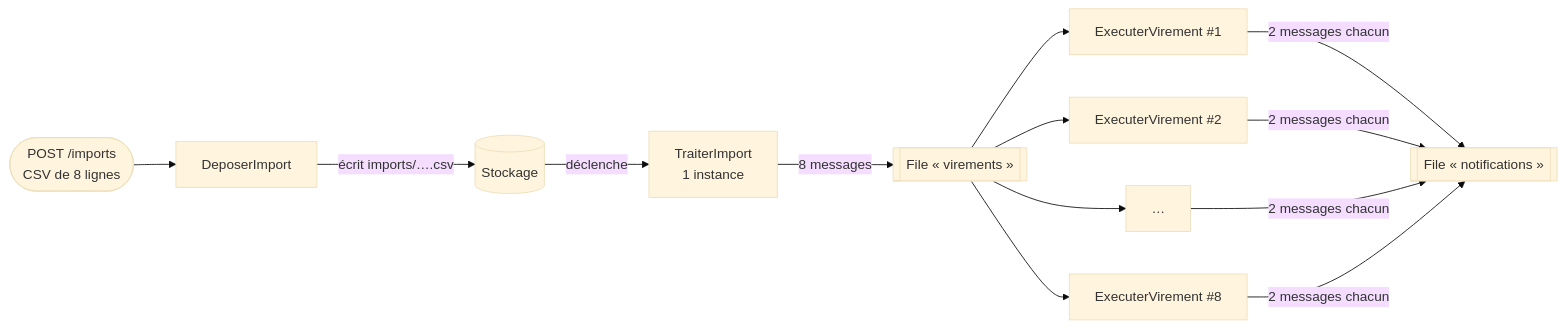
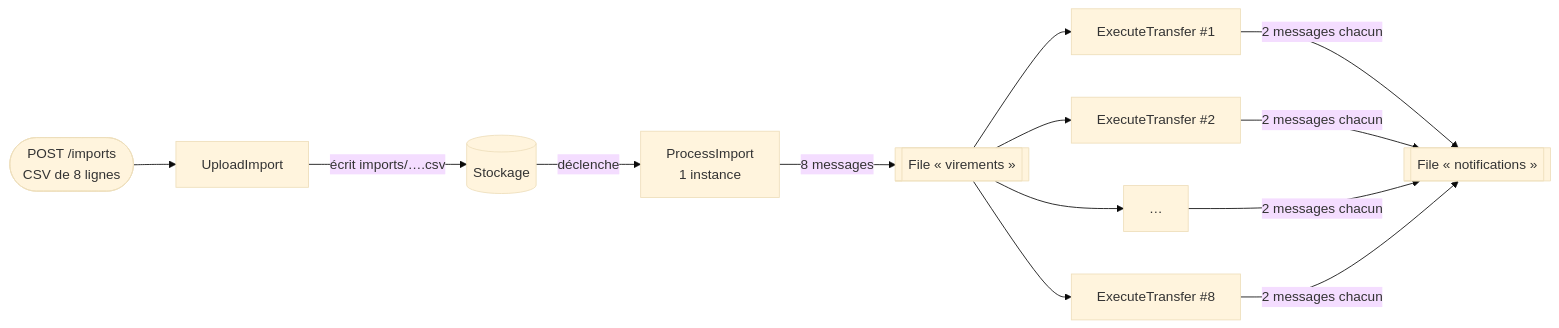
One commit to drangoht/ArchitecturesDemo changed the third of 4 diagrams in Docs/12-serverless.md. Above: the diagram before and after it, drawn with Mermaid (base theme). The commit also changed other lines of this file and 70 other files, not shown here.

Commit message:
Docs FR : identifiants, liens, diagrammes et sorties alignés sur le code anglais

````diff
--- a/Docs/12-serverless.md
+++ b/Docs/12-serverless.md
@@ -161,12 +161,12 @@
 ```mermaid
 flowchart LR
-    U(["POST /imports<br/>CSV de 8 lignes"]) --> D["DeposerImport"]
+    U(["POST /imports<br/>CSV de 8 lignes"]) --> D["UploadImport"]
     D -->|"écrit imports/….csv"| B[("Stockage")]
-    B -->|"déclenche"| T["TraiterImport<br/>1 instance"]
+    B -->|"déclenche"| T["ProcessImport<br/>1 instance"]
     T -->|"8 messages"| Q[["File « virements »"]]
-    Q --> E1["ExecuterVirement #1"]
-    Q --> E2["ExecuterVirement #2"]
+    Q --> E1["ExecuteTransfer #1"]
+    Q --> E2["ExecuteTransfer #2"]
     Q --> E3["…"]
-    Q --> E8["ExecuterVirement #8"]
+    Q --> E8["ExecuteTransfer #8"]
     E1 & E2 & E3 & E8 -->|"2 messages chacun"| N[["File « notifications »"]]
 ```
````
